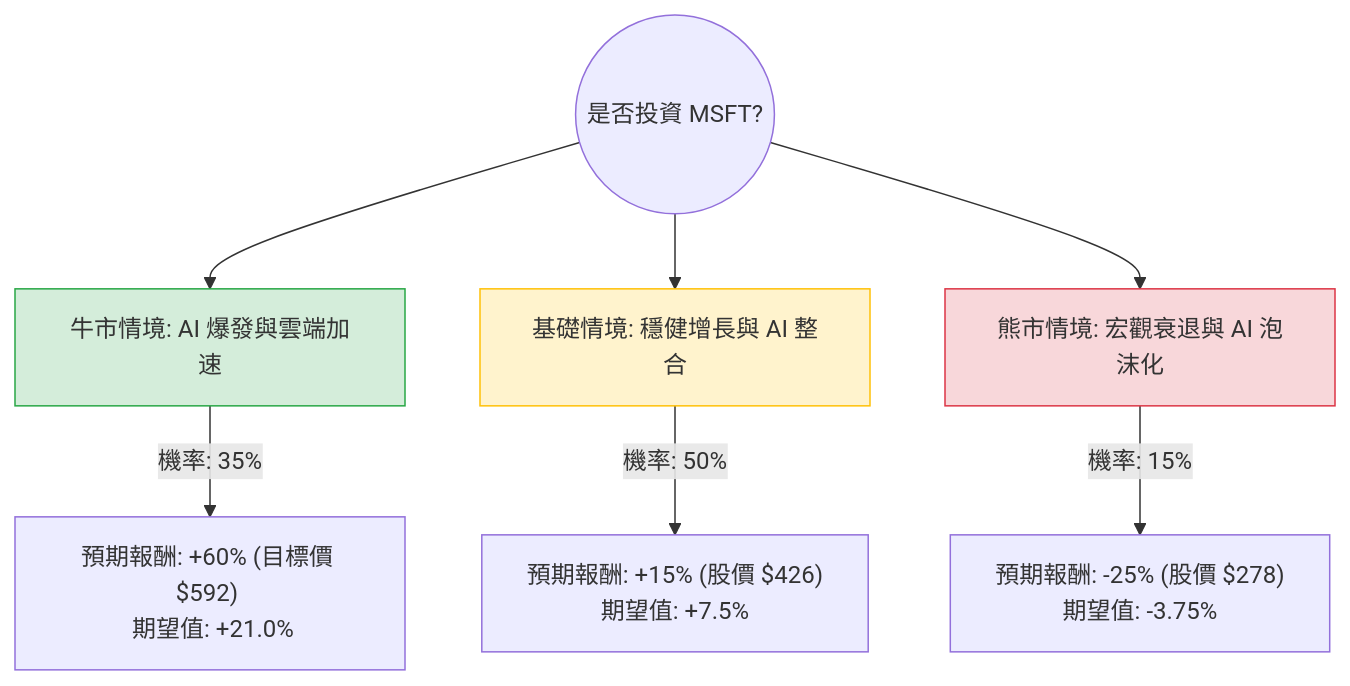
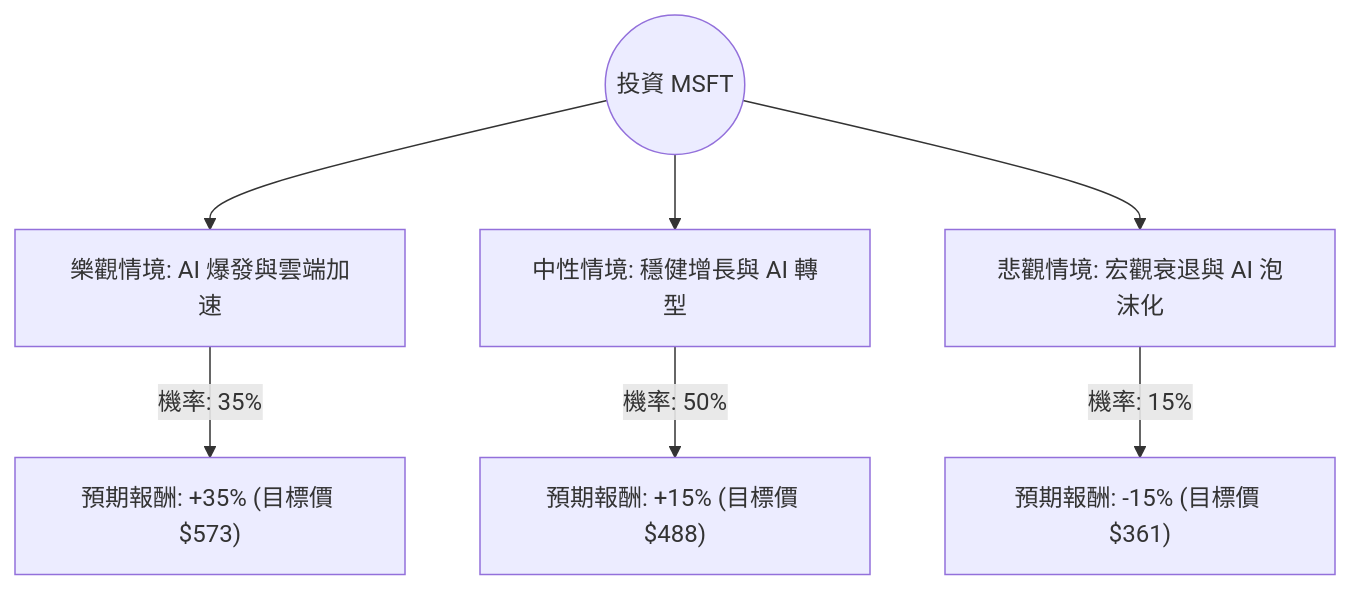
One commit to zmcx16/zmcx16.github.io changed the diagram in plugin-react/ai-analysis/ev-analysis/MSFT.md. Above: the diagram before and after it, drawn with Mermaid. The commit also changed other lines of this file and 81 other files, not shown here.

````diff
--- a/plugin-react/ai-analysis/ev-analysis/MSFT.md
+++ b/plugin-react/ai-analysis/ev-analysis/MSFT.md
@@ -20,14 +20,10 @@
 ```mermaid
 graph TD
-    Start((是否投資 MSFT?)) --> Bull[牛市情境: AI 爆發與雲端加速]
-    Start --> Base[基礎情境: 穩健增長與 AI 整合]
-    Start --> Bear[熊市情境: 宏觀衰退與 AI 泡沫化]
+    Start((投資 MSFT)) --> Bull[樂觀情境: AI 爆發與雲端加速]
+    Start --> Base[中性情境: 穩健增長與 AI 轉型]
+    Start --> Bear[悲觀情境: 宏觀衰退與 AI 泡沫化]
 
-    Bull -- "機率: 35%" --> Bull_EV["預期報酬: +60% (目標價 $592) <br> 期望值: +21.0%"]
-    Base -- "機率: 50%" --> Base_EV["預期報酬: +15% (股價 $426) <br> 期望值: +7.5%"]
-    Bear -- "機率: 15%" --> Bear_EV["預期報酬: -25% (股價 $278) <br> 期望值: -3.75%"]
-
-    style Bull fill:#d4edda,stroke:#28a745
-    style Base fill:#fff3cd,stroke:#ffc107
-    style Bear fill:#f8d7da,stroke:#dc3545
+    Bull -- "機率: 35%" --> BullVal["預期報酬: +35% (目標價 $573)"]
+    Base -- "機率: 50%" --> BaseVal["預期報酬: +15% (目標價 $488)"]
+    Bear -- "機率: 15%" --> BearVal["預期報酬: -15% (目標價 $361)"]
 ```
````
